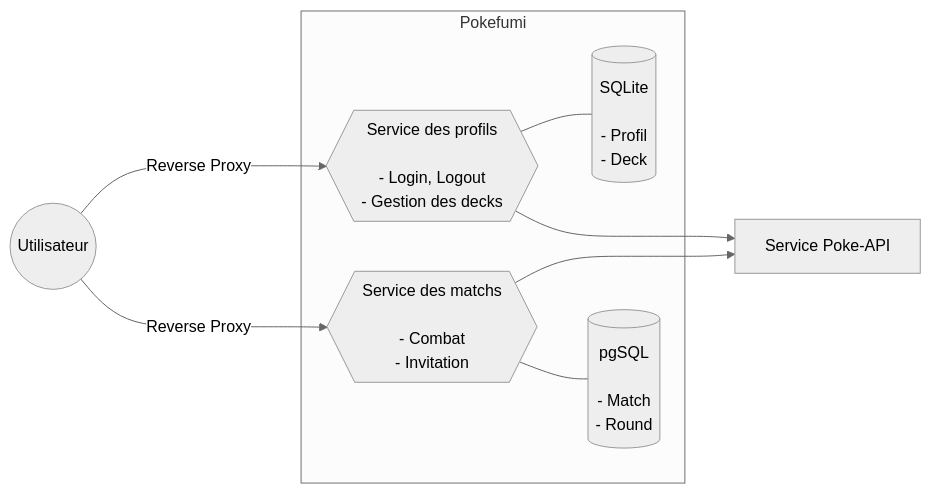
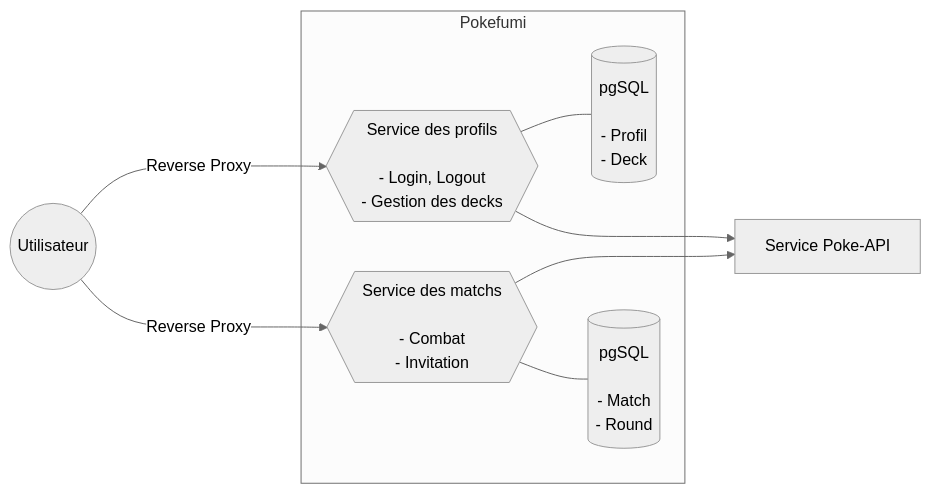
The second of 3 diagrams in README.md (reifocS/IMT-pokefumi-microservices), drawn with Mermaid (neutral theme) before and after one commit. The commit also changed other lines of this file, not shown here.

````diff
--- a/README.md
+++ b/README.md
@@ -46,21 +78,21 @@
 ```mermaid
 graph LR
     %%variable
     U((Utilisateur))
     S_U{{Service des profils<br/><br/>- Login, Logout<br/>- Gestion des decks}}
-    D_U[(SQLite<br/><br/>- Profil<br/>- Deck)]
+    D_U[(pgSQL<br/><br/>- Profil<br/>- Deck)]
     S_M{{Service des matchs<br/><br/>- Combat<br/>- Invitation}}
     D_M[(pgSQL<br/><br/>- Match<br/>- Round)]
     S_P[Service Poke-API]
     %%relation
     S_U --- D_U
     U --->|Reverse Proxy| S_U & S_M ---> S_P
     S_M --- D_M
     %%structure
     subgraph Pokefumi
     S_U
     D_U
     S_M
     D_M
     end
 ```
````
